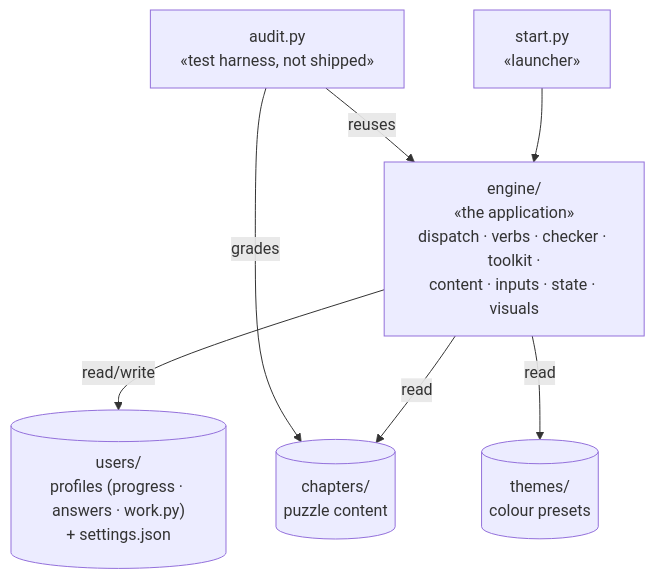
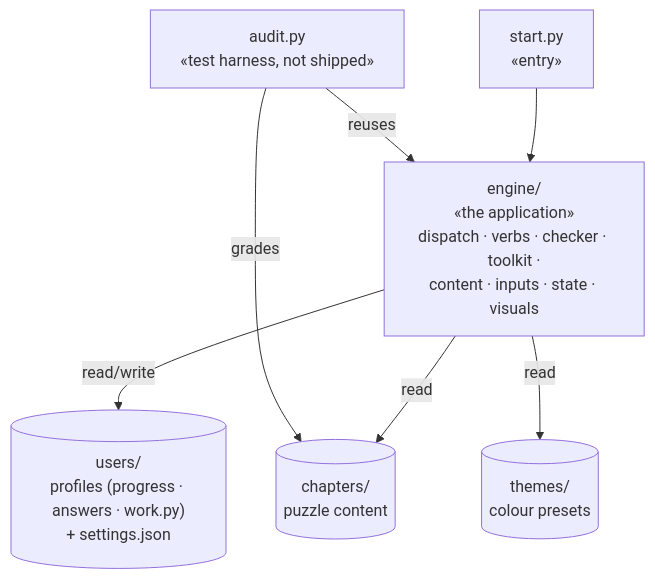
One commit to N041M/PyQuest changed the second of 12 diagrams in docs/architecture/README.md. Above: the diagram before and after it, drawn with Mermaid. The commit also changed other lines of this file and 1 other file, not shown here.

First line of the commit message:
Refresh architecture diagrams for the entry split, registry, and transfer

````diff
--- a/docs/architecture/README.md
+++ b/docs/architecture/README.md
@@ -55,16 +55,16 @@
 ```mermaid
 flowchart TB
-    play["start.py<br/>«launcher»"]
+    play["start.py<br/>«entry»"]
     engine["engine/<br/>«the application»<br/>dispatch · verbs · checker · toolkit ·<br/>content · inputs · state · visuals"]
     audit["audit.py<br/>«test harness, not shipped»"]
     chapters[("chapters/<br/>puzzle content")]
     users[("users/<br/>profiles (progress · answers · work.py)<br/>+ settings.json")]
     themes[("themes/<br/>colour presets")]
 
     play --> engine
     engine -->|read| chapters
     engine -->|read/write| users
     engine -->|read| themes
     audit -->|reuses| engine
     audit -->|grades| chapters
 ```
````
